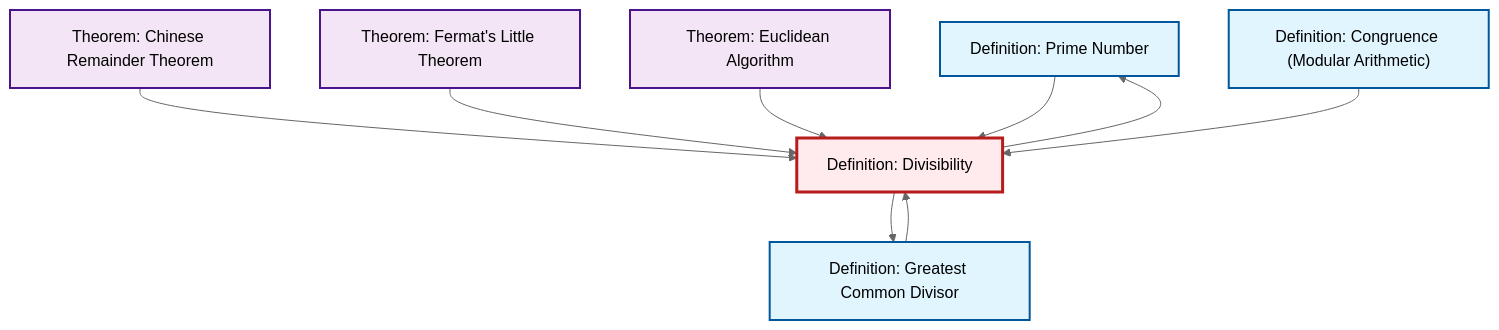
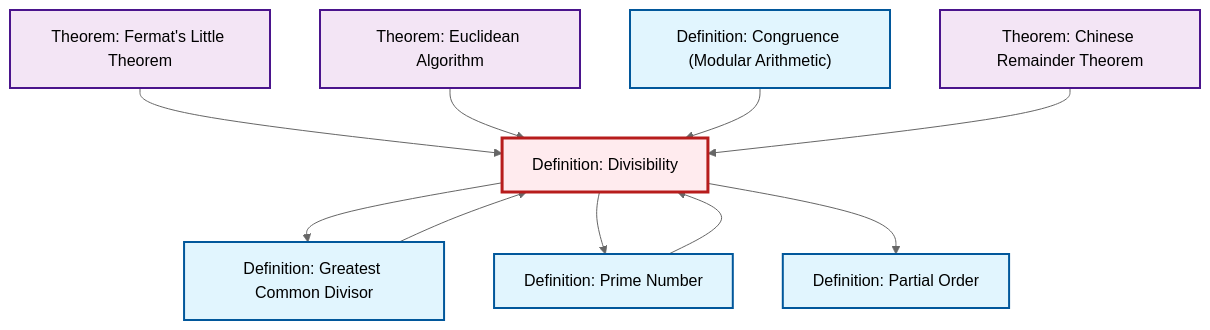
One commit to RK0429/ModernMath changed the diagram in content/ja/number-theory/def-divisibility.qmd. Above: the diagram before and after it, drawn with Mermaid (neutral theme). The commit also changed 581 other files, not shown here.

````diff
--- a/content/ja/number-theory/def-divisibility.qmd
+++ b/content/ja/number-theory/def-divisibility.qmd
@@ -98,31 +98,34 @@
 ```{mermaid}
 %%| fig-cap: "Local dependency graph"
 graph TD
     classDef definition fill:#e1f5fe,stroke:#01579b,stroke-width:2px
     classDef theorem fill:#f3e5f5,stroke:#4a148c,stroke-width:2px
     classDef axiom fill:#fff3e0,stroke:#e65100,stroke-width:2px
     classDef example fill:#e8f5e9,stroke:#1b5e20,stroke-width:2px
     classDef current fill:#ffebee,stroke:#b71c1c,stroke-width:3px
+    def-divisibility["Definition: Divisibility"]:::definition
+    thm-euclidean-algorithm["Theorem: Euclidean Algorithm"]:::theorem
+    thm-chinese-remainder["Theorem: Chinese Remainder Theorem"]:::theorem
     def-prime["Definition: Prime Number"]:::definition
-    thm-chinese-remainder["Theorem: Chinese Remainder Theorem"]:::theorem
-    def-divisibility["Definition: Divisibility"]:::definition
+    def-partial-order["Definition: Partial Order"]:::definition
+    def-congruence["Definition: Congruence (Modular Arithmetic)"]:::definition
+    def-gcd["Definition: Greatest Common Divisor"]:::definition
     thm-fermat-little["Theorem: Fermat's Little Theorem"]:::theorem
-    def-congruence["Definition: Congruence (Modular Arithmetic)"]:::definition
-    thm-euclidean-algorithm["Theorem: Euclidean Algorithm"]:::theorem
-    def-gcd["Definition: Greatest Common Divisor"]:::definition
-    thm-chinese-remainder --> def-divisibility
+    def-divisibility --> def-gcd
+    def-divisibility --> def-prime
+    thm-fermat-little --> def-divisibility
     def-gcd --> def-divisibility
-    def-divisibility --> def-gcd
-    thm-fermat-little --> def-divisibility
     def-prime --> def-divisibility
     thm-euclidean-algorithm --> def-divisibility
+    def-divisibility --> def-partial-order
     def-congruence --> def-divisibility
-    def-divisibility --> def-prime
+    thm-chinese-remainder --> def-divisibility
     class def-divisibility current
+    click thm-euclidean-algorithm "thm-euclidean-algorithm.html" "Theorem: Euclidean Algorithmへ"
+    click thm-chinese-remainder "thm-chinese-remainder.html" "Theorem: Chinese Remainder Theoremへ"
     click def-prime "def-prime.html" "Definition: Prime Numberへ"
-    click thm-chinese-remainder "thm-chinese-remainder.html" "Theorem: Chinese Remainder Theoremへ"
+    click def-partial-order "def-partial-order.html" "Definition: Partial Orderへ"
+    click def-congruence "def-congruence.html" "Definition: Congruence (Modular Arithmetic)へ"
+    click def-gcd "def-gcd.html" "Definition: Greatest Common Divisorへ"
     click thm-fermat-little "thm-fermat-little.html" "Theorem: Fermat's Little Theoremへ"
-    click def-congruence "def-congruence.html" "Definition: Congruence (Modular Arithmetic)へ"
-    click thm-euclidean-algorithm "thm-euclidean-algorithm.html" "Theorem: Euclidean Algorithmへ"
-    click def-gcd "def-gcd.html" "Definition: Greatest Common Divisorへ"
 ```
````
